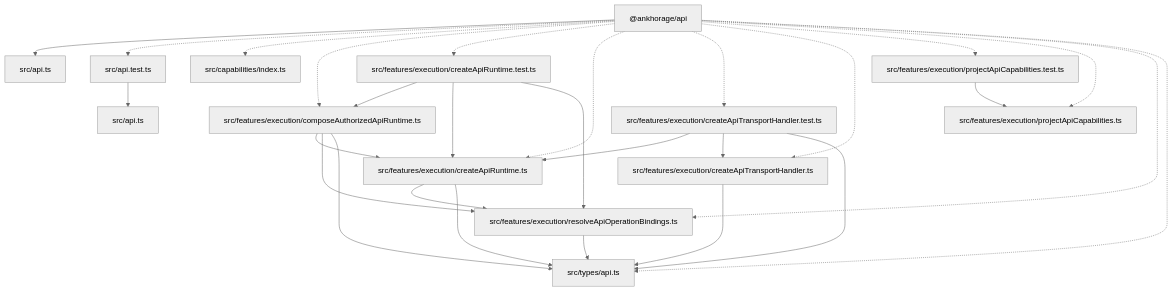
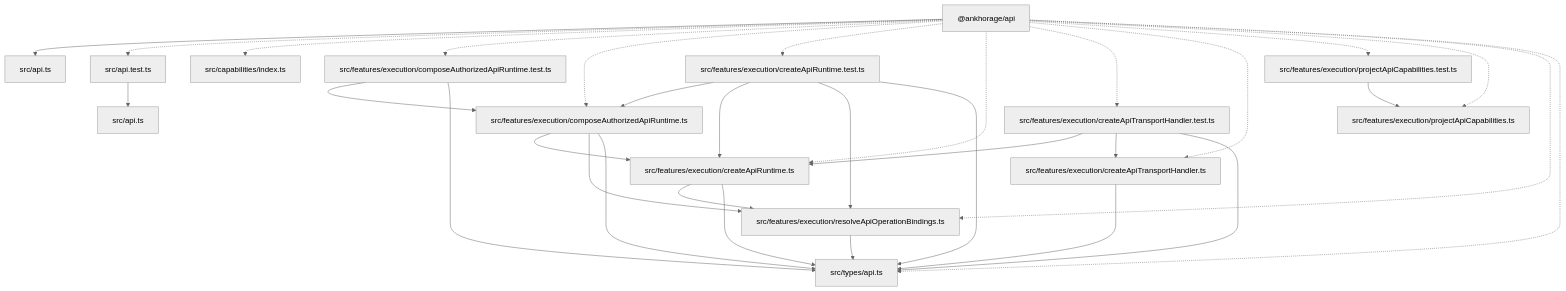
The diagram in paradox/diagrams/architecture-overview.mmd (ankhorage/api), drawn with Mermaid (neutral theme) before and after one commit. The commit also changed 12 other files, not shown here.

```diff
--- a/paradox/diagrams/architecture-overview.mmd
+++ b/paradox/diagrams/architecture-overview.mmd
@@ -1,42 +1,47 @@
 graph TD
   package__ankhorage_api["@ankhorage/api"]
   entrypoint_src_api_ts["src/api.ts"]
   package__ankhorage_api --> entrypoint_src_api_ts
   module_src_api_test_ts["src/api.test.ts"]
   package__ankhorage_api -.-> module_src_api_test_ts
   module_src_api_test_ts --> module_src_api_ts
   module_src_api_ts["src/api.ts"]
   module_src_capabilities_index_ts["src/capabilities/index.ts"]
   package__ankhorage_api -.-> module_src_capabilities_index_ts
+  module_src_features_execution_composeAuthorizedApiRuntime_test_ts["src/features/execution/composeAuthorizedApiRuntime.test.ts"]
+  package__ankhorage_api -.-> module_src_features_execution_composeAuthorizedApiRuntime_test_ts
+  module_src_features_execution_composeAuthorizedApiRuntime_test_ts --> module_src_features_execution_composeAuthorizedApiRuntime_ts
+  module_src_features_execution_composeAuthorizedApiRuntime_test_ts --> module_src_types_api_ts
   module_src_features_execution_composeAuthorizedApiRuntime_ts["src/features/execution/composeAuthorizedApiRuntime.ts"]
   package__ankhorage_api -.-> module_src_features_execution_composeAuthorizedApiRuntime_ts
   module_src_features_execution_composeAuthorizedApiRuntime_ts --> module_src_features_execution_createApiRuntime_ts
   module_src_features_execution_composeAuthorizedApiRuntime_ts --> module_src_features_execution_resolveApiOperationBindings_ts
   module_src_features_execution_composeAuthorizedApiRuntime_ts --> module_src_types_api_ts
   module_src_features_execution_createApiRuntime_test_ts["src/features/execution/createApiRuntime.test.ts"]
   package__ankhorage_api -.-> module_src_features_execution_createApiRuntime_test_ts
   module_src_features_execution_createApiRuntime_test_ts --> module_src_features_execution_composeAuthorizedApiRuntime_ts
   module_src_features_execution_createApiRuntime_test_ts --> module_src_features_execution_createApiRuntime_ts
   module_src_features_execution_createApiRuntime_test_ts --> module_src_features_execution_resolveApiOperationBindings_ts
+  module_src_features_execution_createApiRuntime_test_ts --> module_src_types_api_ts
   module_src_features_execution_createApiRuntime_ts["src/features/execution/createApiRuntime.ts"]
   package__ankhorage_api -.-> module_src_features_execution_createApiRuntime_ts
   module_src_features_execution_createApiRuntime_ts --> module_src_features_execution_resolveApiOperationBindings_ts
   module_src_features_execution_createApiRuntime_ts --> module_src_types_api_ts
   module_src_features_execution_createApiTransportHandler_test_ts["src/features/execution/createApiTransportHandler.test.ts"]
   package__ankhorage_api -.-> module_src_features_execution_createApiTransportHandler_test_ts
   module_src_features_execution_createApiTransportHandler_test_ts --> module_src_features_execution_createApiRuntime_ts
   module_src_features_execution_createApiTransportHandler_test_ts --> module_src_features_execution_createApiTransportHandler_ts
   module_src_features_execution_createApiTransportHandler_test_ts --> module_src_types_api_ts
   module_src_features_execution_createApiTransportHandler_ts["src/features/execution/createApiTransportHandler.ts"]
   package__ankhorage_api -.-> module_src_features_execution_createApiTransportHandler_ts
   module_src_features_execution_createApiTransportHandler_ts --> module_src_types_api_ts
   module_src_features_execution_projectApiCapabilities_test_ts["src/features/execution/projectApiCapabilities.test.ts"]
   package__ankhorage_api -.-> module_src_features_execution_projectApiCapabilities_test_ts
   module_src_features_execution_projectApiCapabilities_test_ts --> module_src_features_execution_projectApiCapabilities_ts
   module_src_features_execution_projectApiCapabilities_ts["src/features/execution/projectApiCapabilities.ts"]
   package__ankhorage_api -.-> module_src_features_execution_projectApiCapabilities_ts
   module_src_features_execution_resolveApiOperationBindings_ts["src/features/execution/resolveApiOperationBindings.ts"]
   package__ankhorage_api -.-> module_src_features_execution_resolveApiOperationBindings_ts
   module_src_features_execution_resolveApiOperationBindings_ts --> module_src_types_api_ts
   module_src_types_api_ts["src/types/api.ts"]
   package__ankhorage_api -.-> module_src_types_api_ts
```
